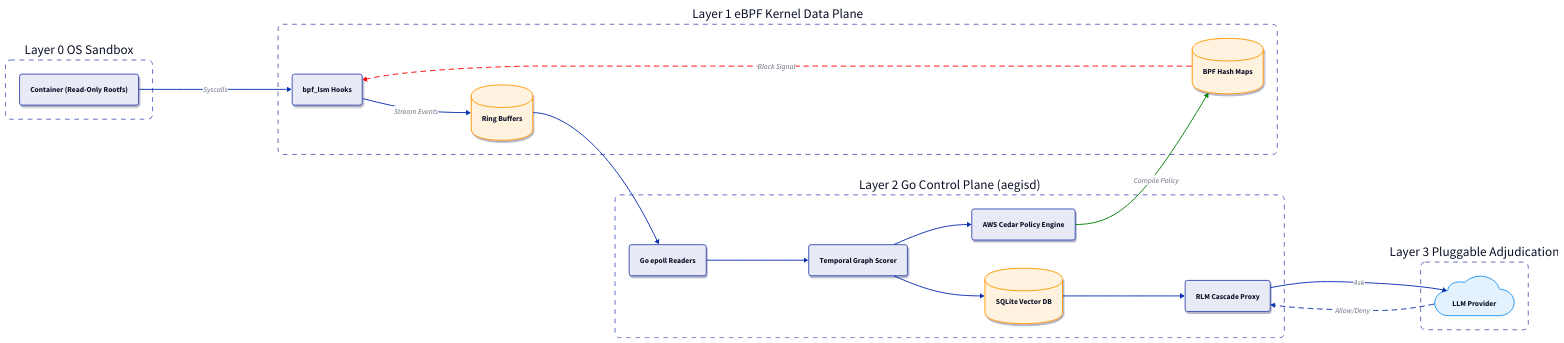
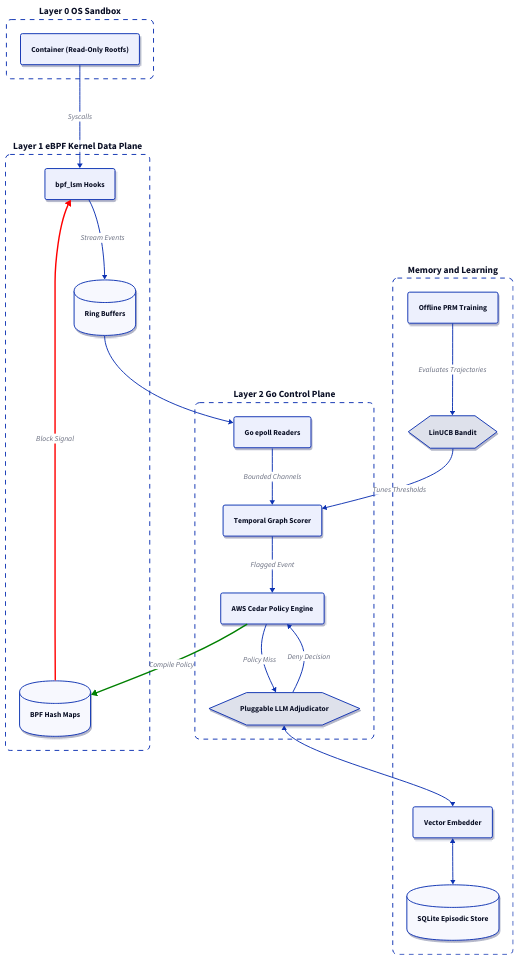
Before and after one commit to Quiet-Intelligence/aegis: the diagram in docs/architecture.d2, drawn with D2. The commit also changed 1 other file, not shown here.

Commit message:
refactor(docs): restructure architecture topology and restore memory subsystem routing

```diff
--- a/docs/architecture.d2
+++ b/docs/architecture.d2
@@ -1,89 +1,92 @@
-direction: right
+direction: down
 
 classes: {
   layer: {
     style: {
       fill: transparent
       stroke-dash: 5
       stroke-width: 2
-      stroke: "#5c6bc0"
       border-radius: 10
+      font-size: 20
+      bold: true
     }
   }
-  component: {
+  process: {
     style: {
-      border-radius: 5
+      border-radius: 4
       stroke-width: 2
-      fill: "#e8eaf6"
-      stroke: "#3f51b5"
       shadow: true
+      font-size: 16
     }
   }
   database: {
     shape: cylinder
     style: {
-      fill: "#fff3e0"
-      stroke: "#ff9800"
       stroke-width: 2
       shadow: true
+      font-size: 16
     }
   }
-  cloud: {
-    shape: cloud
+  ai_model: {
+    shape: hexagon
     style: {
-      fill: "#e3f2fd"
-      stroke: "#2196f3"
       stroke-width: 2
+      shadow: true
+      font-size: 16
     }
   }
 }
 
 Layer 0 OS Sandbox: {
   class: layer
-  Container: Container (Read-Only Rootfs) {
-    class: component
-  }
+  Container: Container (Read-Only Rootfs) { class: process }
 }
 
 Layer 1 eBPF Kernel Data Plane: {
   class: layer
-  bpf_lsm Hooks: { class: component }
+  bpf_lsm Hooks: { class: process }
   Ring Buffers: { class: database }
   BPF Hash Maps: { class: database }
 }
 
-Layer 2 Go Control Plane (aegisd): {
+Layer 2 Go Control Plane: {
   class: layer
-  Go epoll Readers: { class: component }
-  Temporal Graph Scorer: { class: component }
-  AWS Cedar Policy Engine: { class: component }
-  SQLite Vector DB: { class: database }
-  RLM Cascade Proxy: { class: component }
+  Go epoll Readers: { class: process }
+  Temporal Graph Scorer: { class: process }
+  AWS Cedar Policy Engine: { class: process }
+  Pluggable LLM Adjudicator: { class: ai_model }
 }
 
-Layer 3 Pluggable Adjudication: {
+Memory and Learning: {
   class: layer
-  LLM Provider: { class: cloud }
+  Vector Embedder: { class: process }
+  SQLite Episodic Store: { class: database }
+  LinUCB Bandit: { class: ai_model }
+  Offline PRM Training: { class: process }
 }
 
-# Connections
+# Intra-layer and Inter-layer Connections
 Layer 0 OS Sandbox.Container -> Layer 1 eBPF Kernel Data Plane.bpf_lsm Hooks: Syscalls
+
 Layer 1 eBPF Kernel Data Plane.bpf_lsm Hooks -> Layer 1 eBPF Kernel Data Plane.Ring Buffers: Stream Events
 Layer 1 eBPF Kernel Data Plane.BPF Hash Maps -> Layer 1 eBPF Kernel Data Plane.bpf_lsm Hooks: Block Signal {
   style.stroke: red
-  style.animated: true
+  style.stroke-width: 3
 }
 
-Layer 1 eBPF Kernel Data Plane.Ring Buffers -> Layer 2 Go Control Plane (aegisd).Go epoll Readers
-Layer 2 Go Control Plane (aegisd).Go epoll Readers -> Layer 2 Go Control Plane (aegisd).Temporal Graph Scorer
-Layer 2 Go Control Plane (aegisd).Temporal Graph Scorer -> Layer 2 Go Control Plane (aegisd).AWS Cedar Policy Engine
-Layer 2 Go Control Plane (aegisd).Temporal Graph Scorer -> Layer 2 Go Control Plane (aegisd).SQLite Vector DB
-Layer 2 Go Control Plane (aegisd).SQLite Vector DB -> Layer 2 Go Control Plane (aegisd).RLM Cascade Proxy
-Layer 2 Go Control Plane (aegisd).AWS Cedar Policy Engine -> Layer 1 eBPF Kernel Data Plane.BPF Hash Maps: Compile Policy {
+Layer 1 eBPF Kernel Data Plane.Ring Buffers -> Layer 2 Go Control Plane.Go epoll Readers
+Layer 2 Go Control Plane.Go epoll Readers -> Layer 2 Go Control Plane.Temporal Graph Scorer: Bounded Channels
+Layer 2 Go Control Plane.Temporal Graph Scorer -> Layer 2 Go Control Plane.AWS Cedar Policy Engine: Flagged Event
+Layer 2 Go Control Plane.AWS Cedar Policy Engine -> Layer 2 Go Control Plane.Pluggable LLM Adjudicator: Policy Miss
+
+Layer 2 Go Control Plane.Pluggable LLM Adjudicator <-> Memory and Learning.Vector Embedder
+Memory and Learning.Vector Embedder <-> Memory and Learning.SQLite Episodic Store
+
+Memory and Learning.Offline PRM Training -> Memory and Learning.LinUCB Bandit: Evaluates Trajectories
+Memory and Learning.LinUCB Bandit -> Layer 2 Go Control Plane.Temporal Graph Scorer: Tunes Thresholds
+
+Layer 2 Go Control Plane.AWS Cedar Policy Engine -> Layer 1 eBPF Kernel Data Plane.BPF Hash Maps: Compile Policy {
   style.stroke: green
+  style.stroke-width: 3
 }
-
-Layer 2 Go Control Plane (aegisd).RLM Cascade Proxy -> Layer 3 Pluggable Adjudication.LLM Provider: Ask
-Layer 3 Pluggable Adjudication.LLM Provider -> Layer 2 Go Control Plane (aegisd).RLM Cascade Proxy: Allow/Deny {
-  style.stroke-dash: 5
-}
+Layer 2 Go Control Plane.Pluggable LLM Adjudicator -> Layer 2 Go Control Plane.AWS Cedar Policy Engine: Deny Decision
```
